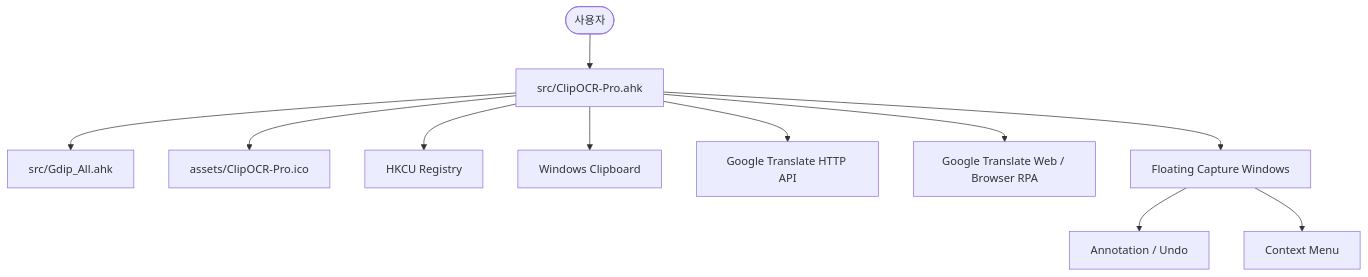
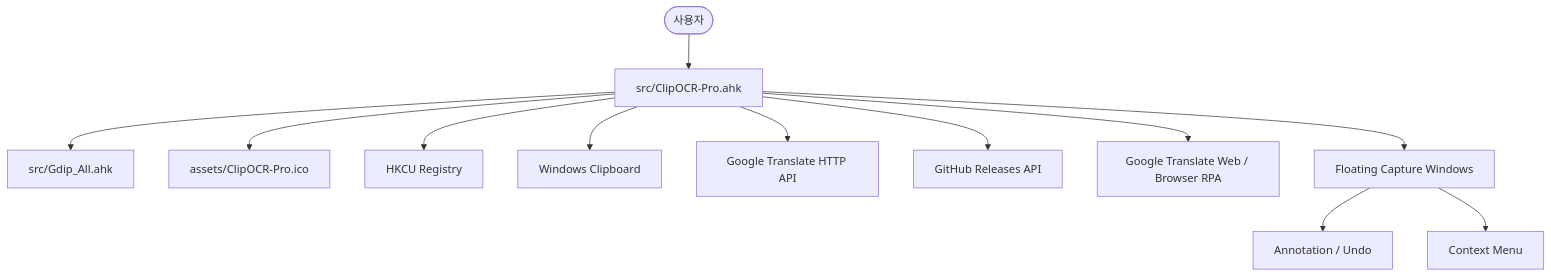
Before and after one commit to KwangBeomPark/ClipOCR-Pro: the diagram in AI_CODE_MAP.md, drawn with Mermaid. The commit also changed other lines of this file, not shown here.

First line of the commit message:
Enhance GitHub API integration and clipboard features

````diff
--- a/AI_CODE_MAP.md
+++ b/AI_CODE_MAP.md
@@ -88,13 +88,14 @@
 ```mermaid
 graph TD
     User([사용자]) --> Main[src/ClipOCR-Pro.ahk]
     Main --> Gdip[src/Gdip_All.ahk]
     Main --> Assets[assets/ClipOCR-Pro.ico]
     Main --> Registry[HKCU Registry]
     Main --> Clipboard[Windows Clipboard]
     Main --> HTTP[Google Translate HTTP API]
+    Main --> GitHubAPI[GitHub Releases API]
     Main --> Browser[Google Translate Web / Browser RPA]
     Main --> Floating[Floating Capture Windows]
     Floating --> Annotation[Annotation / Undo]
     Floating --> Menu[Context Menu]
 ```
````
